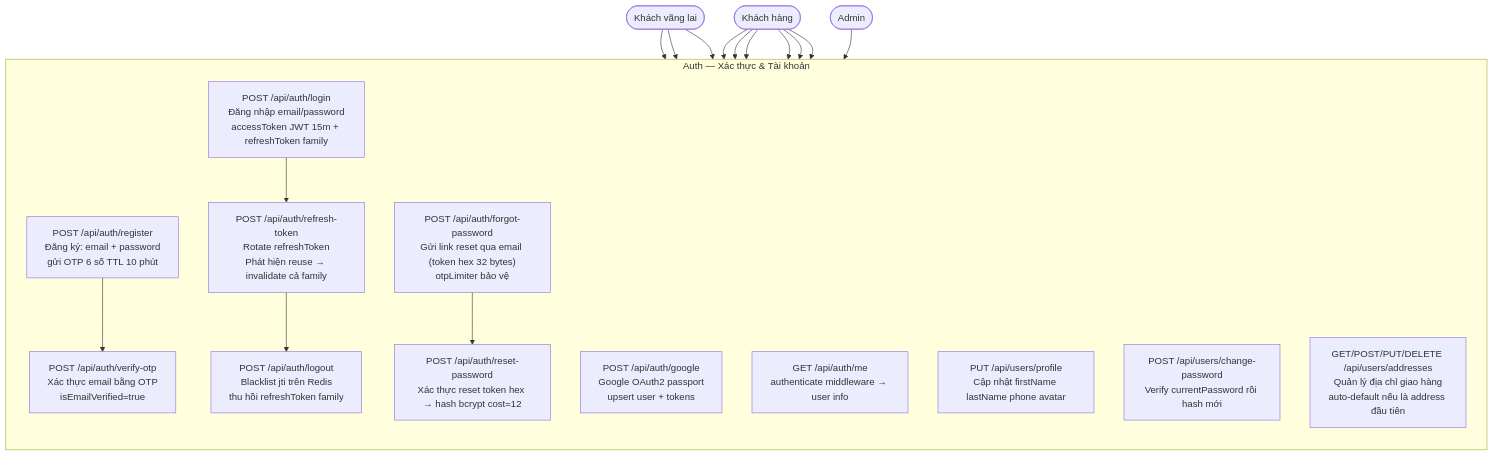
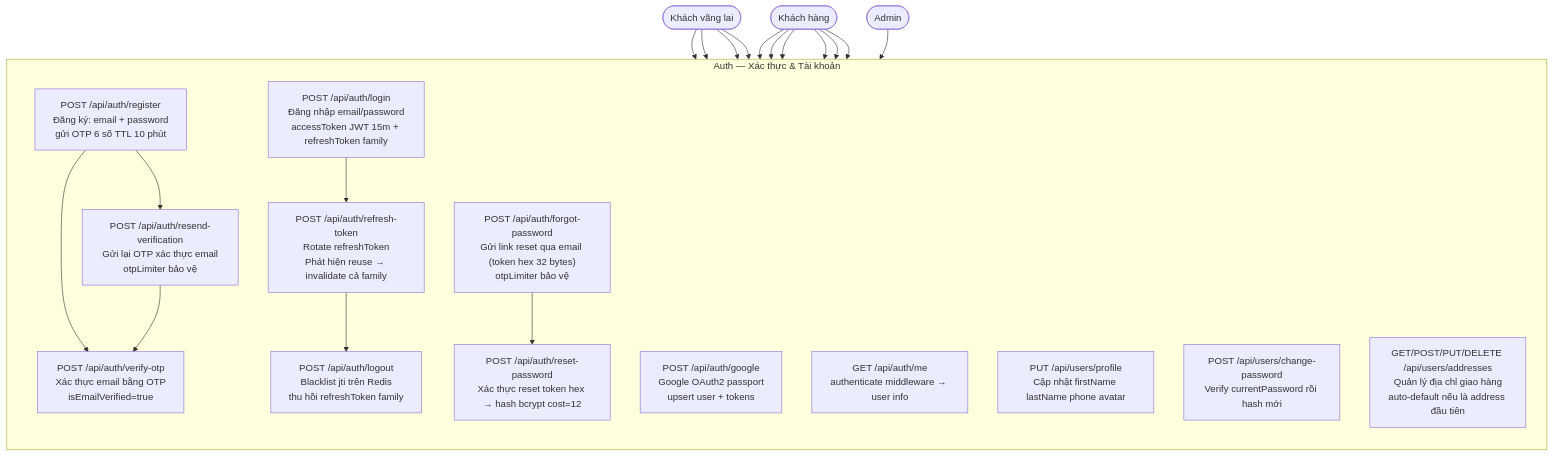
One commit to MinhThang1009/E-commerce-website changed the second of 29 diagrams in DIAGRAMS.md. Above: the diagram before and after it, drawn with Mermaid. The commit also changed other lines of this file, not shown here.

Commit message:
docs: sửa catalog paths (B7-B12) theo routes thực tế

````diff
--- a/DIAGRAMS.md
+++ b/DIAGRAMS.md
@@ -108,37 +108,41 @@
 ```mermaid
 flowchart TB
     Guest(["Khách vãng lai"])
     Customer(["Khách hàng"])
     Admin(["Admin"])
 
     subgraph AUTH["Auth — Xác thực & Tài khoản"]
         direction TB
         A1["POST /api/auth/register\nĐăng ký: email + password\ngửi OTP 6 số TTL 10 phút"]
         A2["POST /api/auth/verify-otp\nXác thực email bằng OTP\nisEmailVerified=true"]
         A3["POST /api/auth/login\nĐăng nhập email/password\naccessToken JWT 15m + refreshToken family"]
         A4["POST /api/auth/google\nGoogle OAuth2 passport\nupsert user + tokens"]
         A5["POST /api/auth/refresh-token\nRotate refreshToken\nPhát hiện reuse → invalidate cả family"]
         A6["POST /api/auth/logout\nBlacklist jti trên Redis\nthu hồi refreshToken family"]
         A7["POST /api/auth/forgot-password\nGửi link reset qua email (token hex 32 bytes)\notpLimiter bảo vệ"]
         A8["POST /api/auth/reset-password\nXác thực reset token hex → hash bcrypt cost=12"]
         A9["GET /api/auth/me\nauthenticate middleware → user info"]
         A10["PUT /api/users/profile\nCập nhật firstName lastName phone avatar"]
         A11["POST /api/users/change-password\nVerify currentPassword rồi hash mới"]
         A12["GET/POST/PUT/DELETE /api/users/addresses\nQuản lý địa chỉ giao hàng\nauto-default nếu là address đầu tiên"]
+        A13["POST /api/auth/resend-verification\nGửi lại OTP xác thực email\notpLimiter bảo vệ"]
         A1 --> A2
+        A1 --> A13
+        A13 --> A2
         A3 --> A5
         A5 --> A6
         A7 --> A8
     end
 
     Guest --> A1
     Guest --> A3
     Guest --> A4
+    Guest --> A13
     Customer --> A6
     Customer --> A7
     Customer --> A9
     Customer --> A10
     Customer --> A11
     Customer --> A12
     Admin --> A9
 ```
````
